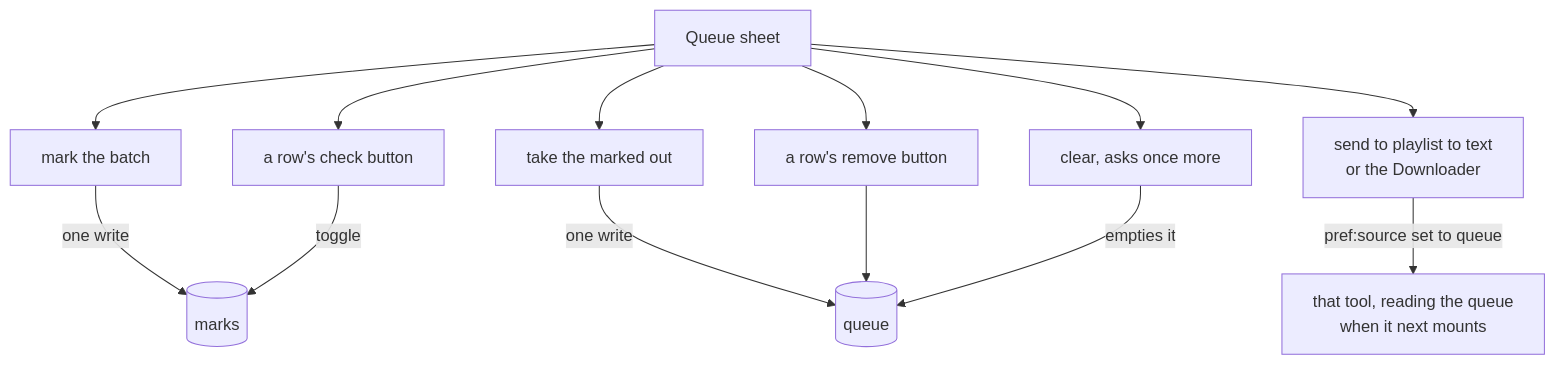
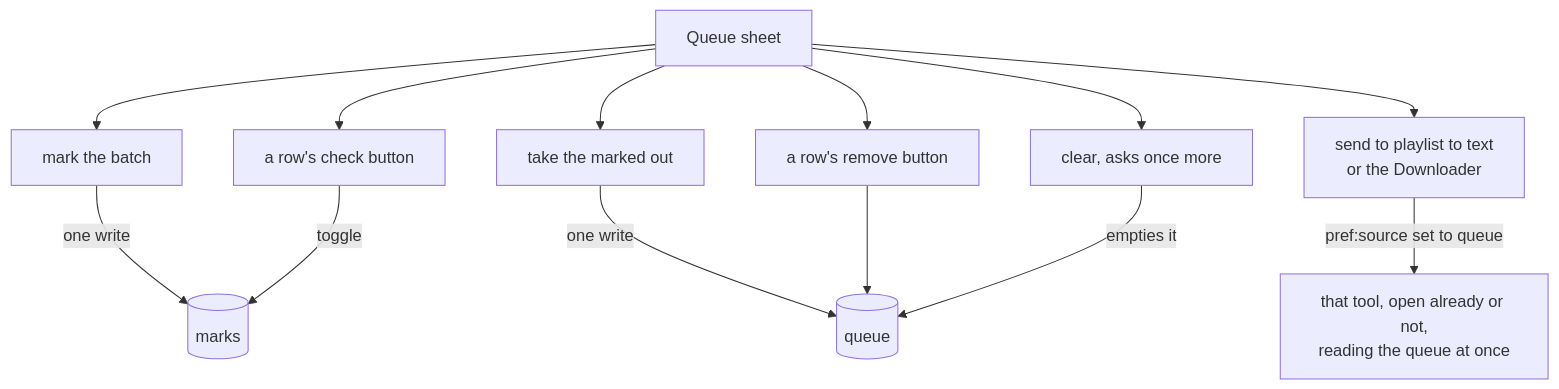
One commit to cutenode/localnetwork changed the sixth of 7 diagrams in apps/localtoolbox/docs/diagrams/artists-and-queue.md. Above: the diagram before and after it, drawn with Mermaid. The commit also changed other lines of this file and 4 other files, not shown here.

First line of the commit message:
docs(localtoolbox): bring the lookup, queue and downloader diagrams up to date

````diff
--- a/apps/localtoolbox/docs/diagrams/artists-and-queue.md
+++ b/apps/localtoolbox/docs/diagrams/artists-and-queue.md
@@ -162,26 +163,26 @@
 ```mermaid
 flowchart TD
   Sheet["Queue sheet"]
   MarkAll["mark the batch"]
   TakeOut["take the marked out"]
   Send["send to playlist to text<br/>or the Downloader"]
   RowCheck["a row's check button"]
   RowX["a row's remove button"]
   Clear["clear, asks once more"]
   Marks[("marks")]
   Queue[("queue")]
-  Tool["that tool, reading the queue<br/>when it next mounts"]
+  Tool["that tool, open already or not,<br/>reading the queue at once"]
 
   Sheet --> MarkAll
   Sheet --> TakeOut
   Sheet --> Send
   Sheet --> RowCheck
   Sheet --> RowX
   Sheet --> Clear
   MarkAll -->|"one write"| Marks
   RowCheck -->|toggle| Marks
   TakeOut -->|"one write"| Queue
   RowX --> Queue
   Clear -->|"empties it"| Queue
   Send -->|"pref:source set to queue"| Tool
 ```
````
